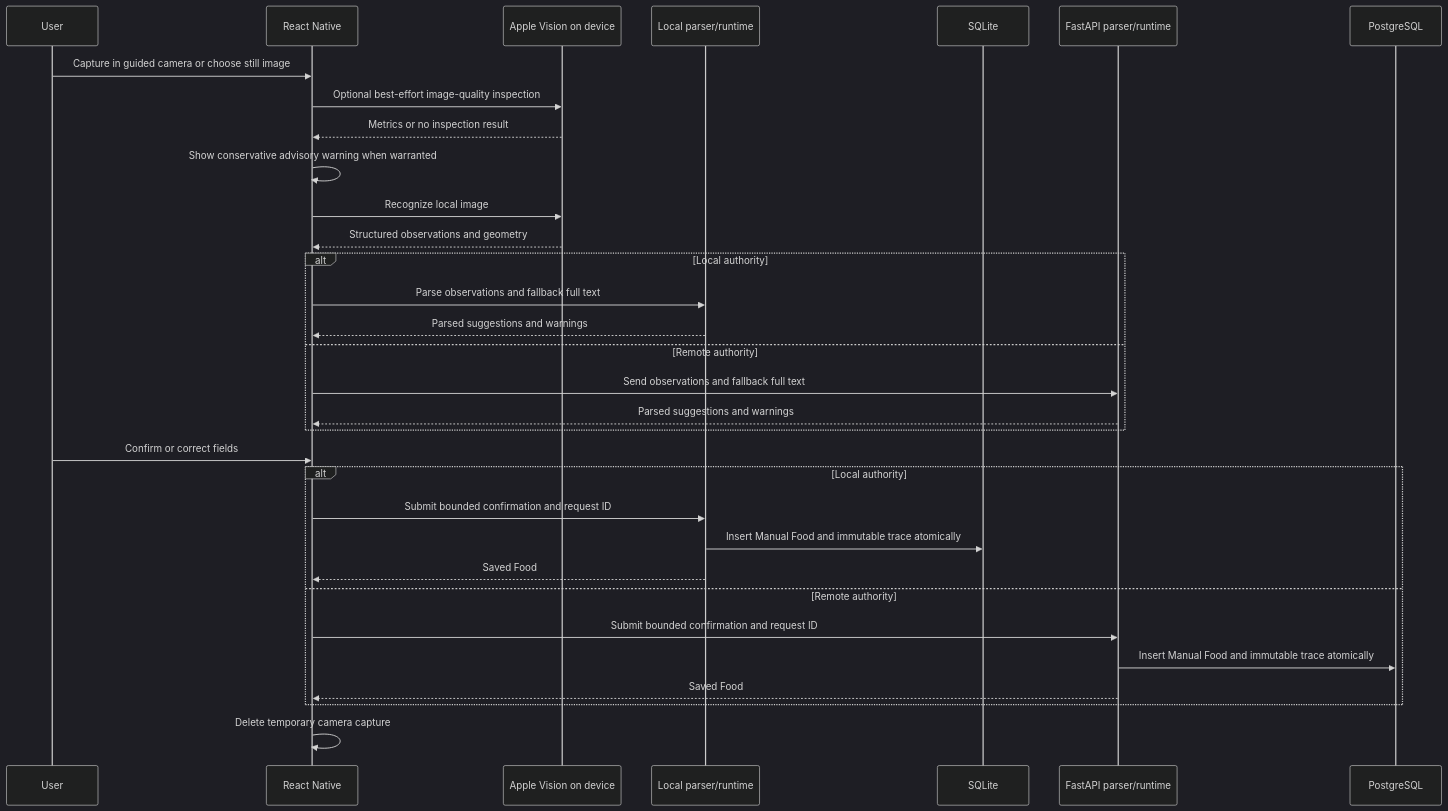
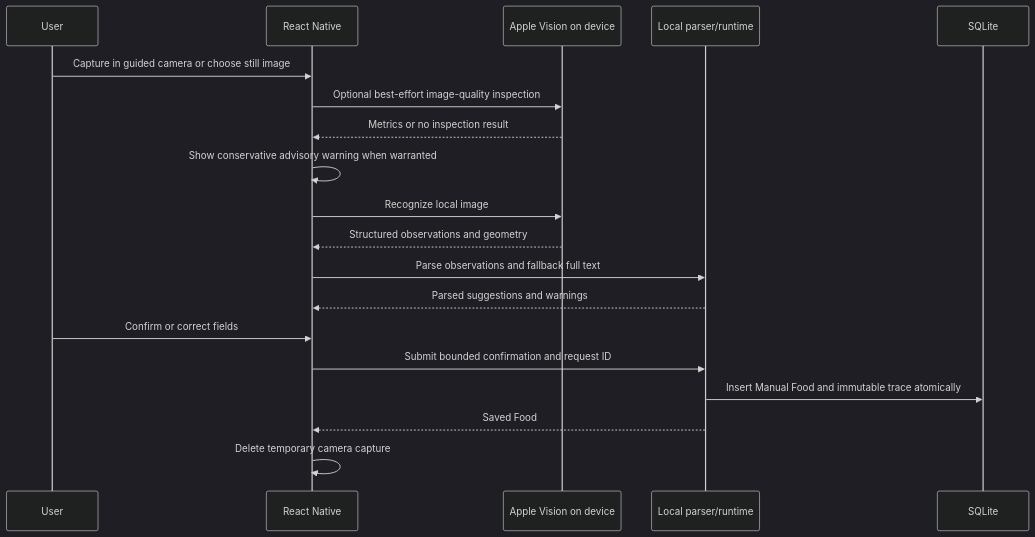
Before and after one commit to MitCaine/Nutrition-App: the first of 2 diagrams in docs/features/ocr-search-and-offline.md, drawn with Mermaid (dark theme). The commit also changed other lines of this file and 20 other files, not shown here.

````diff
--- a/docs/features/ocr-search-and-offline.md
+++ b/docs/features/ocr-search-and-offline.md
@@ -14,35 +10,22 @@
 ```mermaid
 sequenceDiagram
     participant User
     participant Mobile as React Native
     participant Vision as Apple Vision on device
     participant Local as Local parser/runtime
-    participant SQLite as SQLite
-    participant API as FastAPI parser/runtime
-    participant DB as PostgreSQL
+    participant SQLite
 
     User->>Mobile: Capture in guided camera or choose still image
     Mobile->>Vision: Optional best-effort image-quality inspection
     Vision-->>Mobile: Metrics or no inspection result
     Mobile->>Mobile: Show conservative advisory warning when warranted
     Mobile->>Vision: Recognize local image
     Vision-->>Mobile: Structured observations and geometry
-    alt Local authority
-        Mobile->>Local: Parse observations and fallback full text
-        Local-->>Mobile: Parsed suggestions and warnings
-    else Remote authority
-        Mobile->>API: Send observations and fallback full text
-        API-->>Mobile: Parsed suggestions and warnings
-    end
+    Mobile->>Local: Parse observations and fallback full text
+    Local-->>Mobile: Parsed suggestions and warnings
     User->>Mobile: Confirm or correct fields
-    alt Local authority
-        Mobile->>Local: Submit bounded confirmation and request ID
-        Local->>SQLite: Insert Manual Food and immutable trace atomically
-        Local-->>Mobile: Saved Food
-    else Remote authority
-        Mobile->>API: Submit bounded confirmation and request ID
-        API->>DB: Insert Manual Food and immutable trace atomically
-        API-->>Mobile: Saved Food
-    end
+    Mobile->>Local: Submit bounded confirmation and request ID
+    Local->>SQLite: Insert Manual Food and immutable trace atomically
+    Local-->>Mobile: Saved Food
     Mobile->>Mobile: Delete temporary camera capture
 ```
````
